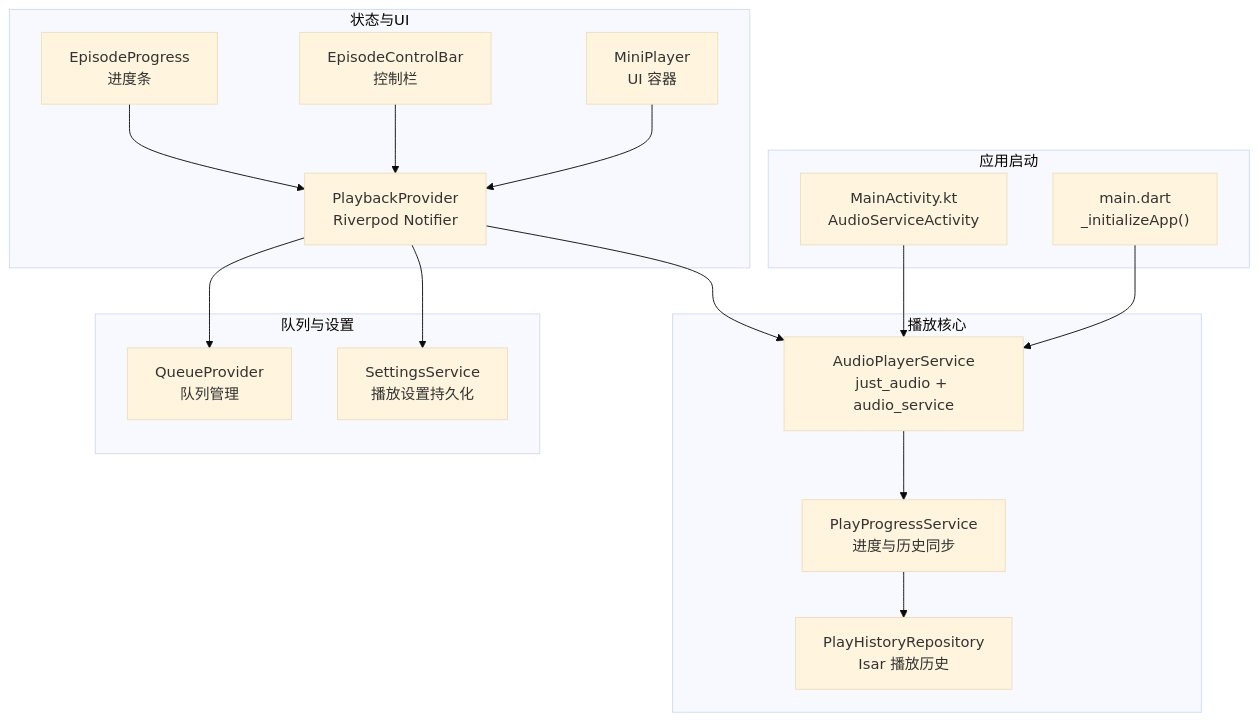
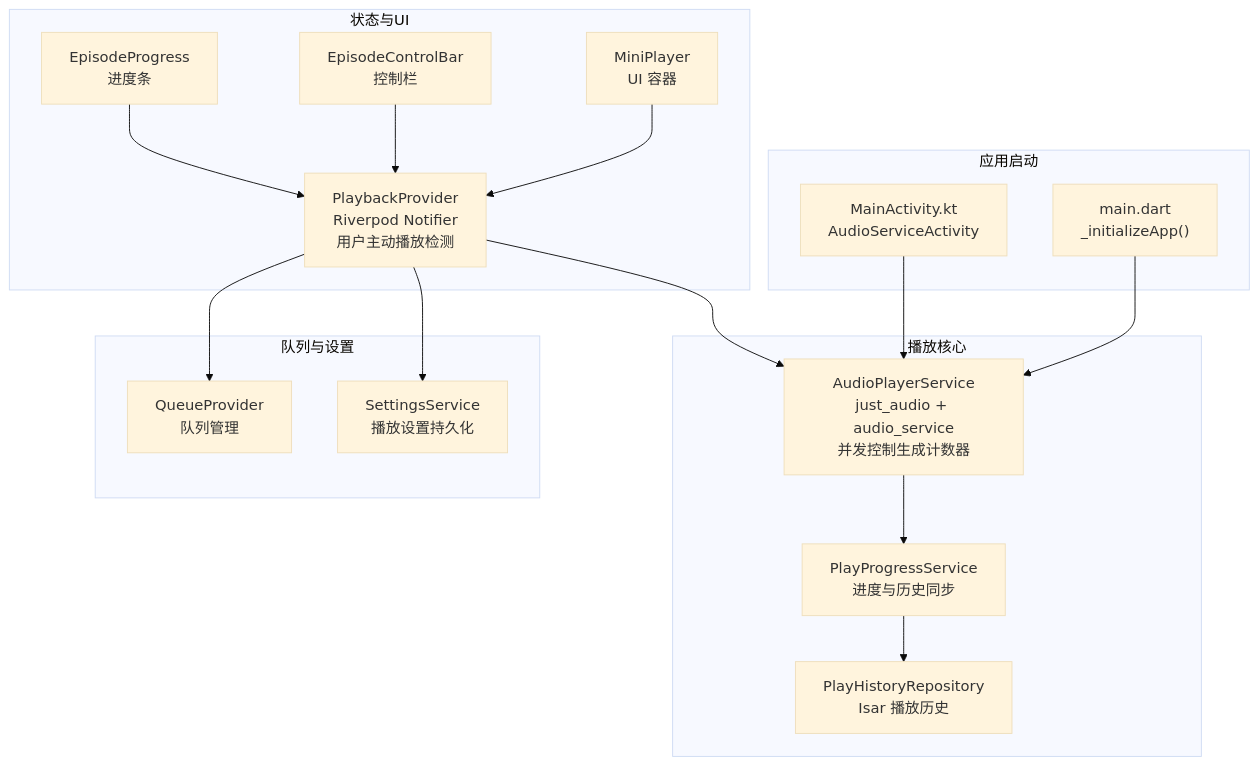
The first of 6 diagrams in .qoder/repowiki/zh/content/核心功能模块/音频播放系统/音频播放系统.md (ZTfer/Tinycast), drawn with Mermaid (base theme) before and after one commit. The commit also changed other lines of this file and 210 other files, not shown here.

````diff
--- a/.qoder/repowiki/zh/content/核心功能模块/音频播放系统/音频播放系统.md
+++ b/.qoder/repowiki/zh/content/核心功能模块/音频播放系统/音频播放系统.md
@@ -41,32 +50,32 @@
 ```mermaid
 graph TB
 subgraph "应用启动"
 Main["main.dart<br/>_initializeApp()"]
 AndroidMain["MainActivity.kt<br/>AudioServiceActivity"]
 end
 subgraph "播放核心"
-APS["AudioPlayerService<br/>just_audio + audio_service"]
+APS["AudioPlayerService<br/>just_audio + audio_service<br/>并发控制生成计数器"]
 PPS["PlayProgressService<br/>进度与历史同步"]
 PHR["PlayHistoryRepository<br/>Isar 播放历史"]
 end
 subgraph "状态与UI"
-PP["PlaybackProvider<br/>Riverpod Notifier"]
+PP["PlaybackProvider<br/>Riverpod Notifier<br/>用户主动播放检测"]
 MP["MiniPlayer<br/>UI 容器"]
 ECB["EpisodeControlBar<br/>控制栏"]
 EP["EpisodeProgress<br/>进度条"]
 end
 subgraph "队列与设置"
 QP["QueueProvider<br/>队列管理"]
 SS["SettingsService<br/>播放设置持久化"]
 end
 Main --> APS
 AndroidMain --> APS
 APS --> PPS
 PPS --> PHR
 PP --> APS
 PP --> QP
 PP --> SS
 MP --> PP
 ECB --> PP
 EP --> PP
 ```
````
